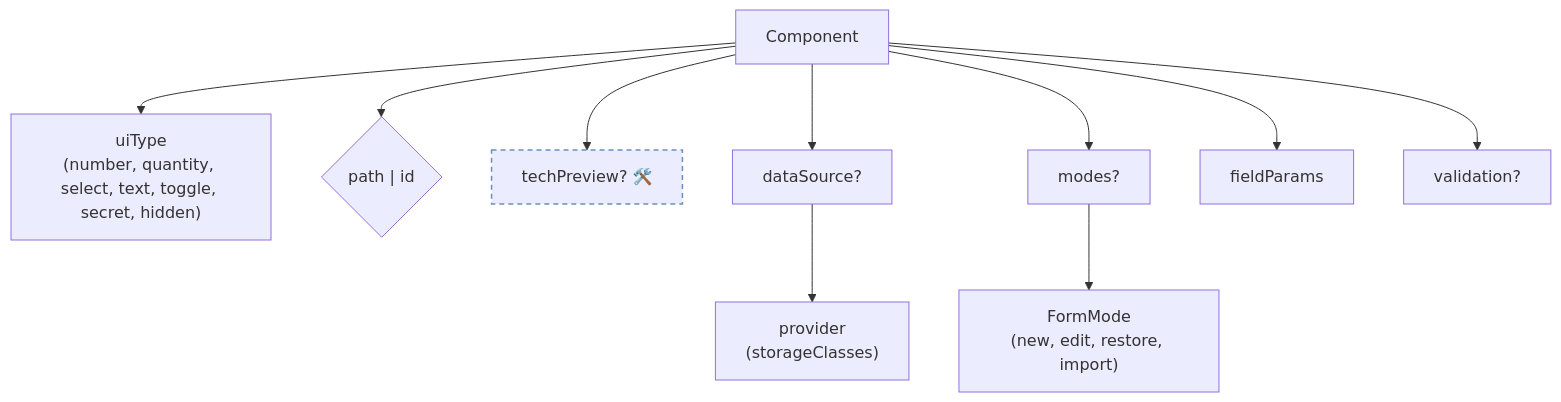
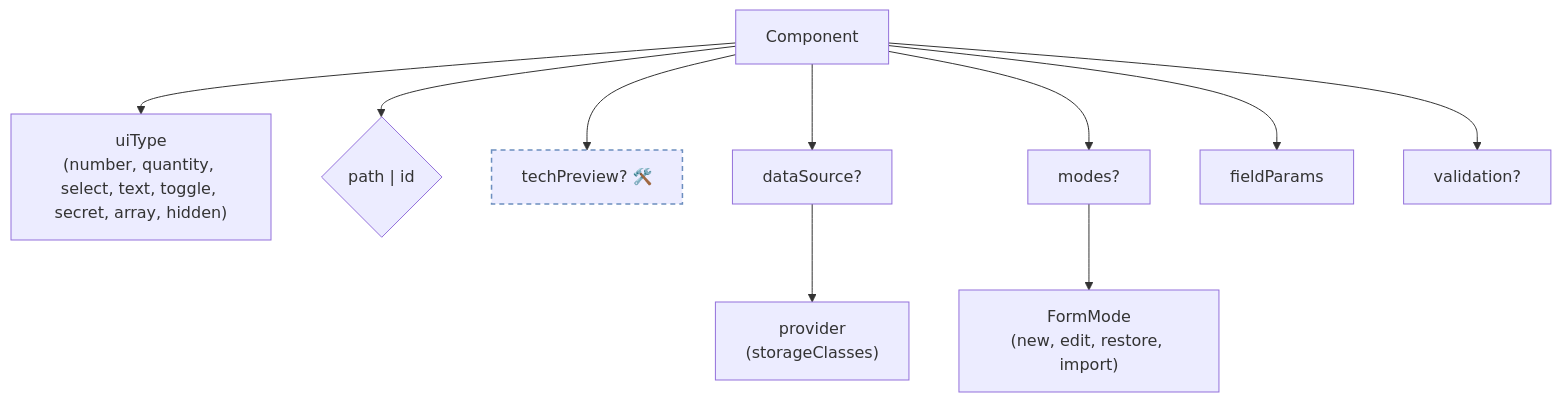
Before and after one commit to openeverest/openeverest: the third of 7 diagrams in docs/ui/architecture/ui-generator/schema-reference.md, drawn with Mermaid. The commit also changed other lines of this file and 28 other files, not shown here.

````diff
--- a/docs/ui/architecture/ui-generator/schema-reference.md
+++ b/docs/ui/architecture/ui-generator/schema-reference.md
@@ -50,15 +50,15 @@
 ```mermaid
 flowchart TD
-  CMP["Component"] --> UT["uiType<br/>(number, quantity, select, text, toggle, secret, hidden)"]
+  CMP["Component"] --> UT["uiType<br/>(number, quantity, select, text, toggle, secret, array, hidden)"]
   CMP --> PID{"path | id"}
   CMP --> TP2["techPreview? 🛠️"]
   CMP --> DS2["dataSource?"]
   DS2 --> PROVIDER["provider<br/>(storageClasses)"]
   CMP --> MOD2["modes?"]
   MOD2 --> FORM_MODE["FormMode<br/>(new, edit, restore, import)"]
   CMP --> FP2["fieldParams"]
   CMP --> VAL2["validation?"]
 
   classDef planned stroke-dasharray:5 4,stroke:#6c8ebf,stroke-width:1.5px;
   class TP2 planned;
 ```
````
